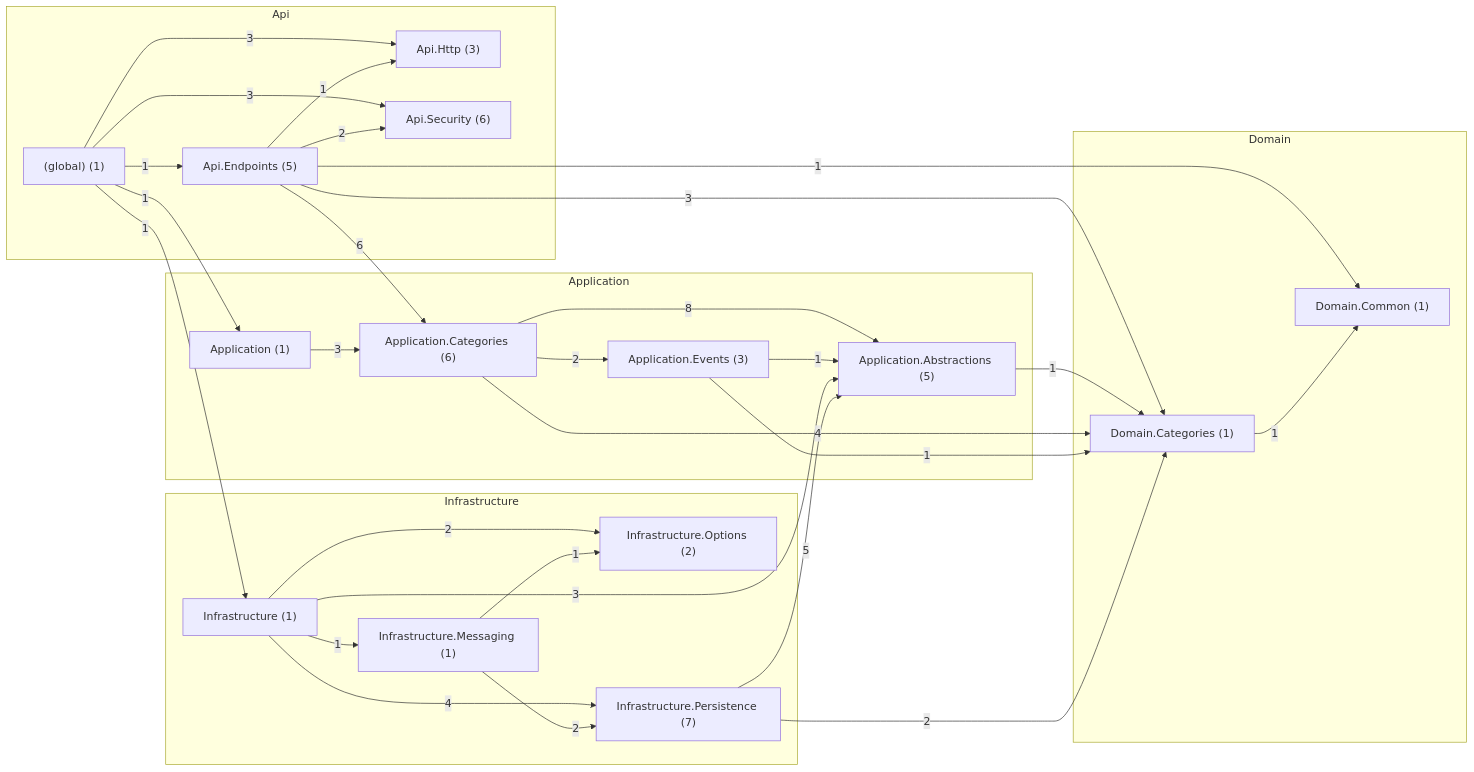
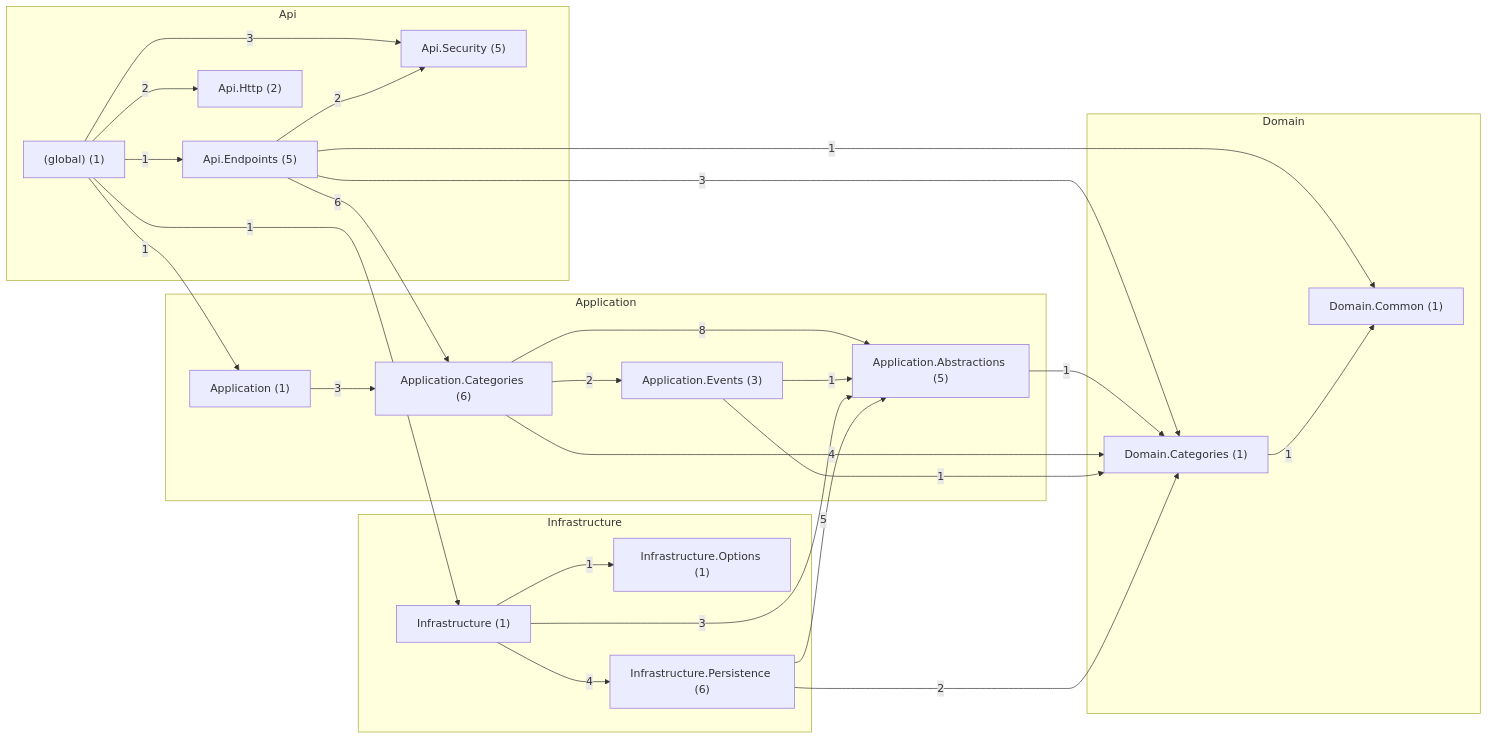
One commit to ARQUI-202630/quickpatch changed the diagram in docs/architecture/codigo/despues/catalog/README.md. Above: the diagram before and after it, drawn with Mermaid. The commit also changed other lines of this file and 36 other files, not shown here.

````diff
--- a/docs/architecture/codigo/despues/catalog/README.md
+++ b/docs/architecture/codigo/despues/catalog/README.md
@@ -108,51 +107,46 @@
 ```mermaid
 flowchart LR
   subgraph Api
     _global_["(global) (1)"]
     QuickPatch_Catalog_Api_Endpoints["Api.Endpoints (5)"]
-    QuickPatch_Catalog_Api_Http["Api.Http (3)"]
-    QuickPatch_Catalog_Api_Security["Api.Security (6)"]
+    QuickPatch_Catalog_Api_Http["Api.Http (2)"]
+    QuickPatch_Catalog_Api_Security["Api.Security (5)"]
   end
   subgraph Application
     QuickPatch_Catalog_Application["Application (1)"]
     QuickPatch_Catalog_Application_Abstractions["Application.Abstractions (5)"]
     QuickPatch_Catalog_Application_Categories["Application.Categories (6)"]
     QuickPatch_Catalog_Application_Events["Application.Events (3)"]
   end
   subgraph Domain
     QuickPatch_Catalog_Domain_Categories["Domain.Categories (1)"]
     QuickPatch_Catalog_Domain_Common["Domain.Common (1)"]
   end
   subgraph Infrastructure
     QuickPatch_Catalog_Infrastructure["Infrastructure (1)"]
-    QuickPatch_Catalog_Infrastructure_Messaging["Infrastructure.Messaging (1)"]
-    QuickPatch_Catalog_Infrastructure_Options["Infrastructure.Options (2)"]
-    QuickPatch_Catalog_Infrastructure_Persistence["Infrastructure.Persistence (7)"]
+    QuickPatch_Catalog_Infrastructure_Options["Infrastructure.Options (1)"]
+    QuickPatch_Catalog_Infrastructure_Persistence["Infrastructure.Persistence (6)"]
   end
   _global_ -->|1| QuickPatch_Catalog_Api_Endpoints
-  _global_ -->|3| QuickPatch_Catalog_Api_Http
+  _global_ -->|2| QuickPatch_Catalog_Api_Http
   _global_ -->|3| QuickPatch_Catalog_Api_Security
   _global_ -->|1| QuickPatch_Catalog_Application
   _global_ -->|1| QuickPatch_Catalog_Infrastructure
-  QuickPatch_Catalog_Api_Endpoints -->|1| QuickPatch_Catalog_Api_Http
   QuickPatch_Catalog_Api_Endpoints -->|2| QuickPatch_Catalog_Api_Security
   QuickPatch_Catalog_Api_Endpoints -->|6| QuickPatch_Catalog_Application_Categories
   QuickPatch_Catalog_Api_Endpoints -->|3| QuickPatch_Catalog_Domain_Categories
   QuickPatch_Catalog_Api_Endpoints -->|1| QuickPatch_Catalog_Domain_Common
   QuickPatch_Catalog_Application -->|3| QuickPatch_Catalog_Application_Categories
   QuickPatch_Catalog_Application_Abstractions -->|1| QuickPatch_Catalog_Domain_Categories
   QuickPatch_Catalog_Application_Categories -->|8| QuickPatch_Catalog_Application_Abstractions
   QuickPatch_Catalog_Application_Categories -->|2| QuickPatch_Catalog_Application_Events
   QuickPatch_Catalog_Application_Categories -->|4| QuickPatch_Catalog_Domain_Categories
   QuickPatch_Catalog_Application_Events -->|1| QuickPatch_Catalog_Application_Abstractions
   QuickPatch_Catalog_Application_Events -->|1| QuickPatch_Catalog_Domain_Categories
   QuickPatch_Catalog_Domain_Categories -->|1| QuickPatch_Catalog_Domain_Common
   QuickPatch_Catalog_Infrastructure -->|3| QuickPatch_Catalog_Application_Abstractions
-  QuickPatch_Catalog_Infrastructure -->|1| QuickPatch_Catalog_Infrastructure_Messaging
-  QuickPatch_Catalog_Infrastructure -->|2| QuickPatch_Catalog_Infrastructure_Options
+  QuickPatch_Catalog_Infrastructure -->|1| QuickPatch_Catalog_Infrastructure_Options
   QuickPatch_Catalog_Infrastructure -->|4| QuickPatch_Catalog_Infrastructure_Persistence
-  QuickPatch_Catalog_Infrastructure_Messaging -->|1| QuickPatch_Catalog_Infrastructure_Options
-  QuickPatch_Catalog_Infrastructure_Messaging -->|2| QuickPatch_Catalog_Infrastructure_Persistence
   QuickPatch_Catalog_Infrastructure_Persistence -->|5| QuickPatch_Catalog_Application_Abstractions
   QuickPatch_Catalog_Infrastructure_Persistence -->|2| QuickPatch_Catalog_Domain_Categories
 ```
````
